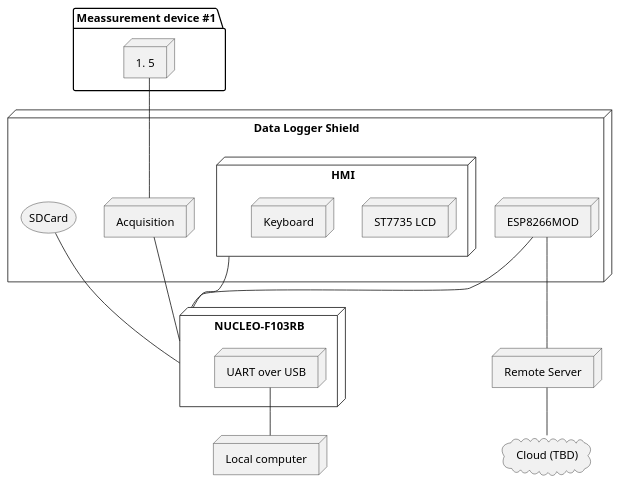
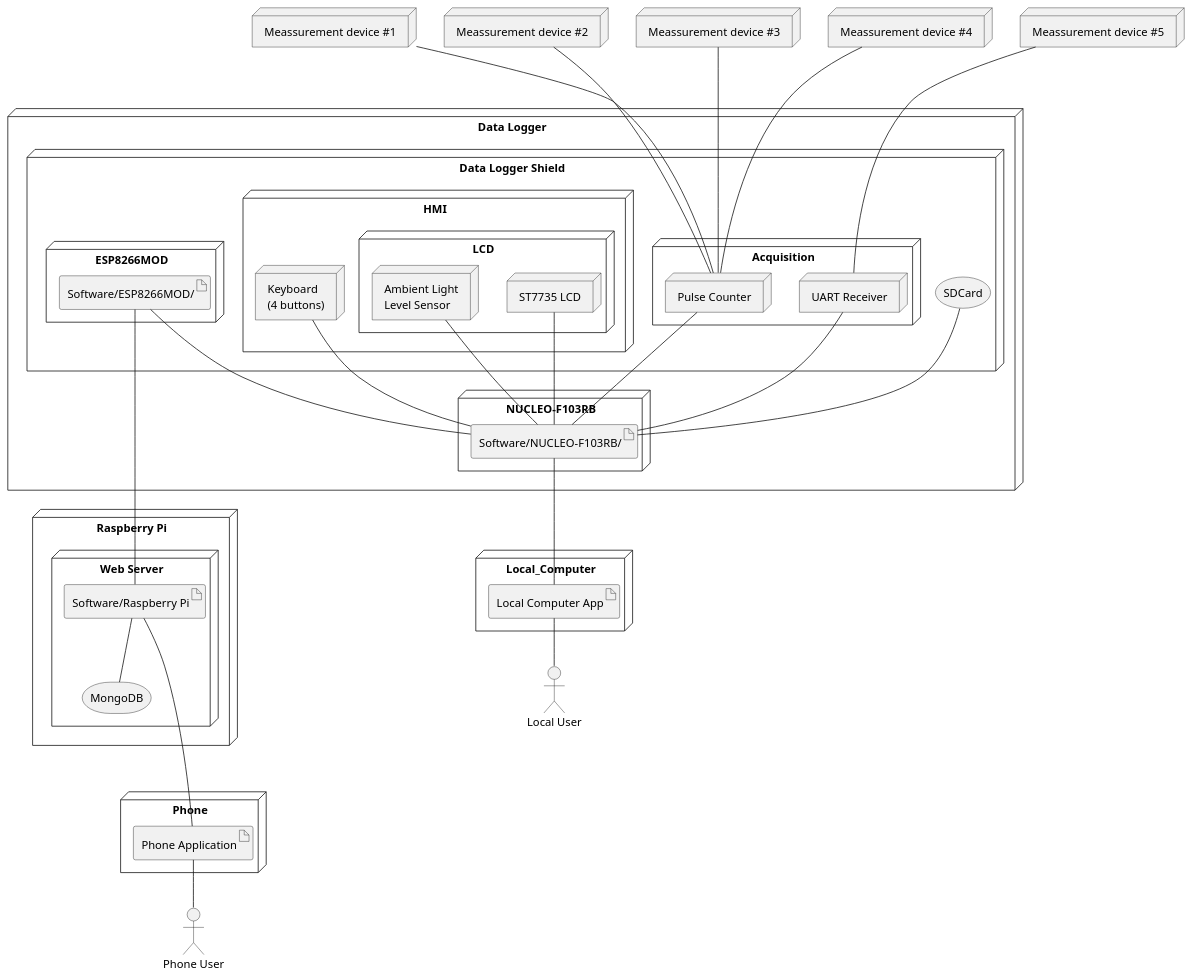
Before and after one commit to RobertGawron/HardwareDataLogger: the diagram in Documentation/Diagrams/ArchitectureOverview.plantuml, drawn with PlantUML. The commit also changed 9 other files, not shown here.

Commit message:
draft of state diagrams, update of deploy diagram

```diff
--- a/Documentation/Diagrams/ArchitectureOverview.plantuml
+++ b/Documentation/Diagrams/ArchitectureOverview.plantuml
@@ -1,52 +1,122 @@
 @startuml
 
-node "Meassurement device #1...#5" {
-}
+actor Local_User [
+    Local User
+]
 
-node "Data Logger Shield" {
-    node Acquisition {
+actor Phone_User [
+    Phone User
+]
+
+
+node Meassurement_Device_1 [
+    Meassurement device #1
+]
+
+node Meassurement_Device_2 [
+    Meassurement device #2
+]
+
+node Meassurement_Device_3 [
+    Meassurement device #3
+]
+
+node Meassurement_Device_4 [
+    Meassurement device #4
+]
+
+node Meassurement_Device_5 [
+    Meassurement device #5
+]
+
+node "Data Logger" {
+
+    node "Data Logger Shield" {
+        node Acquisition {
+            node Pulse_Counter [
+                Pulse Counter
+            ]
+            node UART_Receiver [
+                UART Receiver
+            ]
+        }
+
+        node HMI {
+            node LCD {
+                node ST7735_LCD [
+                    ST7735 LCD
+                ]
+                node Ambient_Light_Level_Sensor [
+                    Ambient Light
+                    Level Sensor
+                ]
+            }
+            node Keyboard [
+                Keyboard
+                (4 buttons)
+            ]
+        }
+
+        node ESP8266MOD {
+            artifact Software_ESP8266MOD [
+                Software/ESP8266MOD/
+            ]
+        }
+
+        storage SDCard
     }
 
-    node ESP8266MOD {
-    }
-
-    node HMI {
-        node "ST7735 LCD" {
-        }
-
-        node Keyboard {
-        }
-    }
-
-    storage SDCard {
+    node "NUCLEO-F103RB" {
+        artifact Software_NUCLEO_F103RB [
+            Software/NUCLEO-F103RB/
+        ]
     }
 }
 
-node NUCLEO-F103RB {
-    node "UART over USB" {
+node "Raspberry Pi" {
+    node  "Web Server" {
+        artifact Software_Raspberry_Pi [
+            Software/Raspberry Pi
+        ]
+        storage MongoDB
     }
 }
 
-node "Remote Server" {
+node Phone {
+    artifact Phone_App [
+        Phone Application
+    ]
 }
 
-node "Local computer" {
+node Local_Computer {
+    artifact Local_Computer_App [
+        Local Computer App
+    ]
 }
 
-cloud "Cloud (TBD)" {
-}
-
-"Meassurement device #1...#5" -- Acquisition
 
 
-"SDCard" -- "NUCLEO-F103RB"
-HMI -- "NUCLEO-F103RB"
-ESP8266MOD -- "NUCLEO-F103RB"
-Acquisition -- "NUCLEO-F103RB"
+Meassurement_Device_1 --- Pulse_Counter
+Meassurement_Device_2 --- Pulse_Counter
+Meassurement_Device_3 --- Pulse_Counter
+Meassurement_Device_4 --- Pulse_Counter
+Meassurement_Device_5 --- UART_Receiver
 
-ESP8266MOD -- "Remote Server"
-"Remote Server" -- "Cloud (TBD)"
+SDCard -- Software_NUCLEO_F103RB
+Software_ESP8266MOD -- Software_NUCLEO_F103RB
+Keyboard -- Software_NUCLEO_F103RB
+ST7735_LCD -- Software_NUCLEO_F103RB
+Ambient_Light_Level_Sensor -- Software_NUCLEO_F103RB
+Pulse_Counter -- Software_NUCLEO_F103RB
+UART_Receiver -- Software_NUCLEO_F103RB
 
-"UART over USB" -- "Local computer"
+Software_ESP8266MOD --- Software_Raspberry_Pi
+Software_Raspberry_Pi -- MongoDB
+Software_Raspberry_Pi ---- Phone_App
+
+Software_NUCLEO_F103RB -- Local_Computer_App
+
+Local_Computer_App -- Local_User
+Phone_App -- Phone_User
 
 @enduml
```
